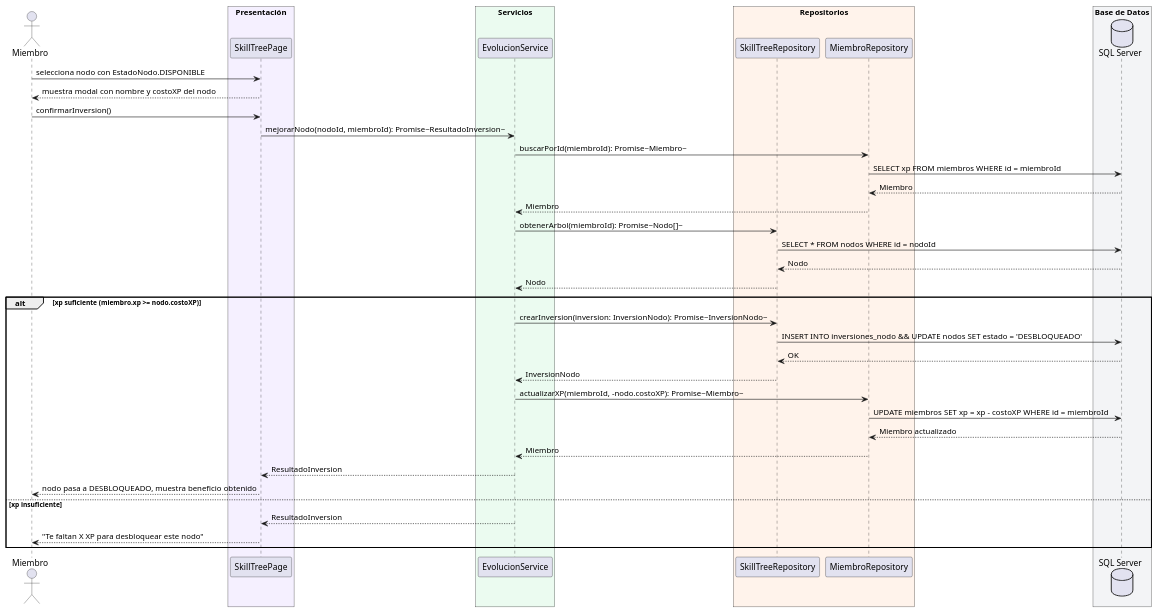
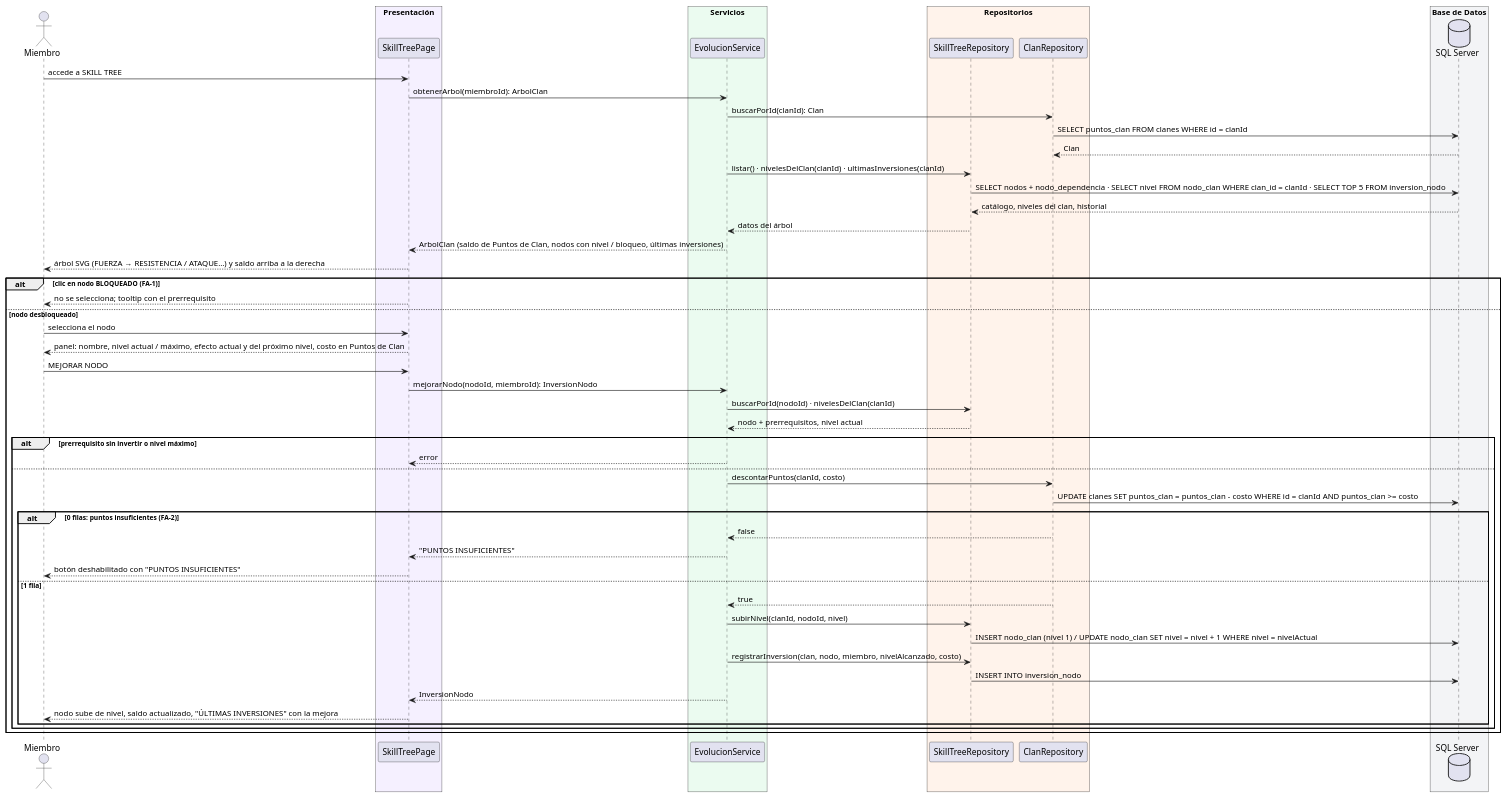
One commit to nicolassepulveda13/SAP changed the sixth of 8 diagrams in silverback/docs/secuencias-cu003-cu004.md. Above: the diagram before and after it, drawn with PlantUML. The commit also changed other lines of this file and 82 other files, not shown here.

````diff
--- a/silverback/docs/secuencias-cu003-cu004.md
+++ b/silverback/docs/secuencias-cu003-cu004.md
@@ -365,53 +373,66 @@
 ```plantuml
 @startuml CU-004-002
 
 actor Miembro
 
 box "Presentación" #F5F0FF
   participant "SkillTreePage" as Page
 end box
 
 box "Servicios" #EBFBF0
   participant "EvolucionService" as Svc
 end box
 
 box "Repositorios" #FFF3EB
   participant "SkillTreeRepository" as STRepo
-  participant "MiembroRepository" as MiembroRepo
+  participant "ClanRepository" as ClanRepo
 end box
 
 box "Base de Datos" #F3F4F6
   database "SQL Server" as DB
 end box
 
-Miembro -> Page: selecciona nodo con EstadoNodo.DISPONIBLE
-Page --> Miembro: muestra modal con nombre y costoXP del nodo
-Miembro -> Page: confirmarInversion()
-Page -> Svc: mejorarNodo(nodoId, miembroId): Promise~ResultadoInversion~
-Svc -> MiembroRepo: buscarPorId(miembroId): Promise~Miembro~
-MiembroRepo -> DB: SELECT xp FROM miembros WHERE id = miembroId
-DB --> MiembroRepo: Miembro
-MiembroRepo --> Svc: Miembro
-Svc -> STRepo: obtenerArbol(miembroId): Promise~Nodo[]~
-STRepo -> DB: SELECT * FROM nodos WHERE id = nodoId
-DB --> STRepo: Nodo
-STRepo --> Svc: Nodo
+Miembro -> Page: accede a SKILL TREE
+Page -> Svc: obtenerArbol(miembroId): ArbolClan
+Svc -> ClanRepo: buscarPorId(clanId): Clan
+ClanRepo -> DB: SELECT puntos_clan FROM clanes WHERE id = clanId
+DB --> ClanRepo: Clan
+Svc -> STRepo: listar() · nivelesDelClan(clanId) · ultimasInversiones(clanId)
+STRepo -> DB: SELECT nodos + nodo_dependencia · SELECT nivel FROM nodo_clan WHERE clan_id = clanId · SELECT TOP 5 FROM inversion_nodo
+DB --> STRepo: catálogo, niveles del clan, historial
+STRepo --> Svc: datos del árbol
+Svc --> Page: ArbolClan (saldo de Puntos de Clan, nodos con nivel / bloqueo, últimas inversiones)
+Page --> Miembro: árbol SVG (FUERZA → RESISTENCIA / ATAQUE…) y saldo arriba a la derecha
 
-alt xp suficiente (miembro.xp >= nodo.costoXP)
-    Svc -> STRepo: crearInversion(inversion: InversionNodo): Promise~InversionNodo~
-    STRepo -> DB: INSERT INTO inversiones_nodo && UPDATE nodos SET estado = 'DESBLOQUEADO'
-    DB --> STRepo: OK
-    STRepo --> Svc: InversionNodo
-    Svc -> MiembroRepo: actualizarXP(miembroId, -nodo.costoXP): Promise~Miembro~
-    MiembroRepo -> DB: UPDATE miembros SET xp = xp - costoXP WHERE id = miembroId
-    DB --> MiembroRepo: Miembro actualizado
-    MiembroRepo --> Svc: Miembro
-    Svc --> Page: ResultadoInversion
-    Page --> Miembro: nodo pasa a DESBLOQUEADO, muestra beneficio obtenido
-else xp insuficiente
-    Svc --> Page: ResultadoInversion
-    Page --> Miembro: "Te faltan X XP para desbloquear este nodo"
+alt clic en nodo BLOQUEADO (FA-1)
+    Page --> Miembro: no se selecciona; tooltip con el prerrequisito
+else nodo desbloqueado
+    Miembro -> Page: selecciona el nodo
+    Page --> Miembro: panel: nombre, nivel actual / máximo, efecto actual y del próximo nivel, costo en Puntos de Clan
+    Miembro -> Page: MEJORAR NODO
+    Page -> Svc: mejorarNodo(nodoId, miembroId): InversionNodo
+    Svc -> STRepo: buscarPorId(nodoId) · nivelesDelClan(clanId)
+    STRepo --> Svc: nodo + prerrequisitos, nivel actual
+    alt prerrequisito sin invertir o nivel máximo
+        Svc --> Page: error
+    else
+        Svc -> ClanRepo: descontarPuntos(clanId, costo)
+        ClanRepo -> DB: UPDATE clanes SET puntos_clan = puntos_clan - costo WHERE id = clanId AND puntos_clan >= costo
+        alt 0 filas: puntos insuficientes (FA-2)
+            ClanRepo --> Svc: false
+            Svc --> Page: "PUNTOS INSUFICIENTES"
+            Page --> Miembro: botón deshabilitado con "PUNTOS INSUFICIENTES"
+        else 1 fila
+            ClanRepo --> Svc: true
+            Svc -> STRepo: subirNivel(clanId, nodoId, nivel)
+            STRepo -> DB: INSERT nodo_clan (nivel 1) / UPDATE nodo_clan SET nivel = nivel + 1 WHERE nivel = nivelActual
+            Svc -> STRepo: registrarInversion(clan, nodo, miembro, nivelAlcanzado, costo)
+            STRepo -> DB: INSERT INTO inversion_nodo
+            Svc --> Page: InversionNodo
+            Page --> Miembro: nodo sube de nivel, saldo actualizado, "ÚLTIMAS INVERSIONES" con la mejora
+        end
+    end
 end
 
 @enduml
 ```
````
